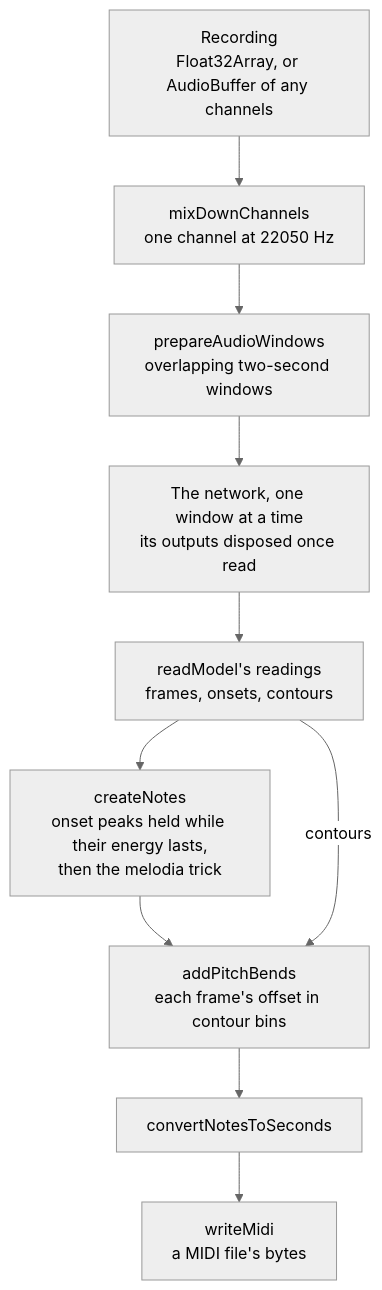
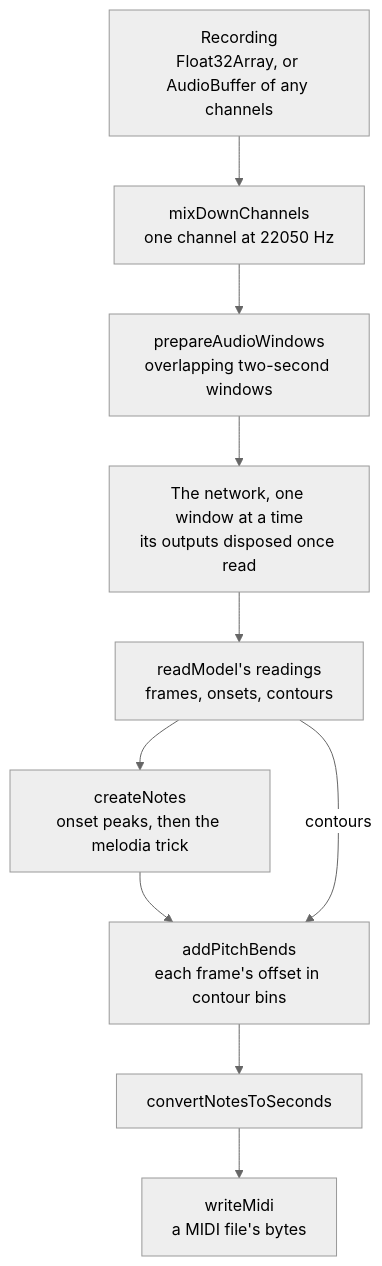
Before and after one commit to Esposter/Esposter: the diagram in openspec/specs/pitch-transcription/README.md, drawn with Mermaid (neutral theme). The commit also changed other lines of this file and 6 other files, not shown here.

````diff
--- a/openspec/specs/pitch-transcription/README.md
+++ b/openspec/specs/pitch-transcription/README.md
@@ -11,15 +11,15 @@
 ```mermaid
 flowchart TD
   audio["Recording<br/>Float32Array, or AudioBuffer of any channels"]
   mix["mixDownChannels<br/>one channel at 22050 Hz"]
   windows["prepareAudioWindows<br/>overlapping two-second windows"]
   model["The network, one window at a time<br/>its outputs disposed once read"]
   readings["readModel's readings<br/>frames, onsets, contours"]
-  notes["createNotes<br/>onset peaks held while their energy lasts,<br/>then the melodia trick"]
+  notes["createNotes<br/>onset peaks, then the melodia trick"]
   bends["addPitchBends<br/>each frame's offset in contour bins"]
   seconds["convertNotesToSeconds"]
   midi["writeMidi<br/>a MIDI file's bytes"]
   audio --> mix --> windows --> model --> readings
   readings --> notes --> bends --> seconds --> midi
   readings -->|contours| bends
 ```
````
